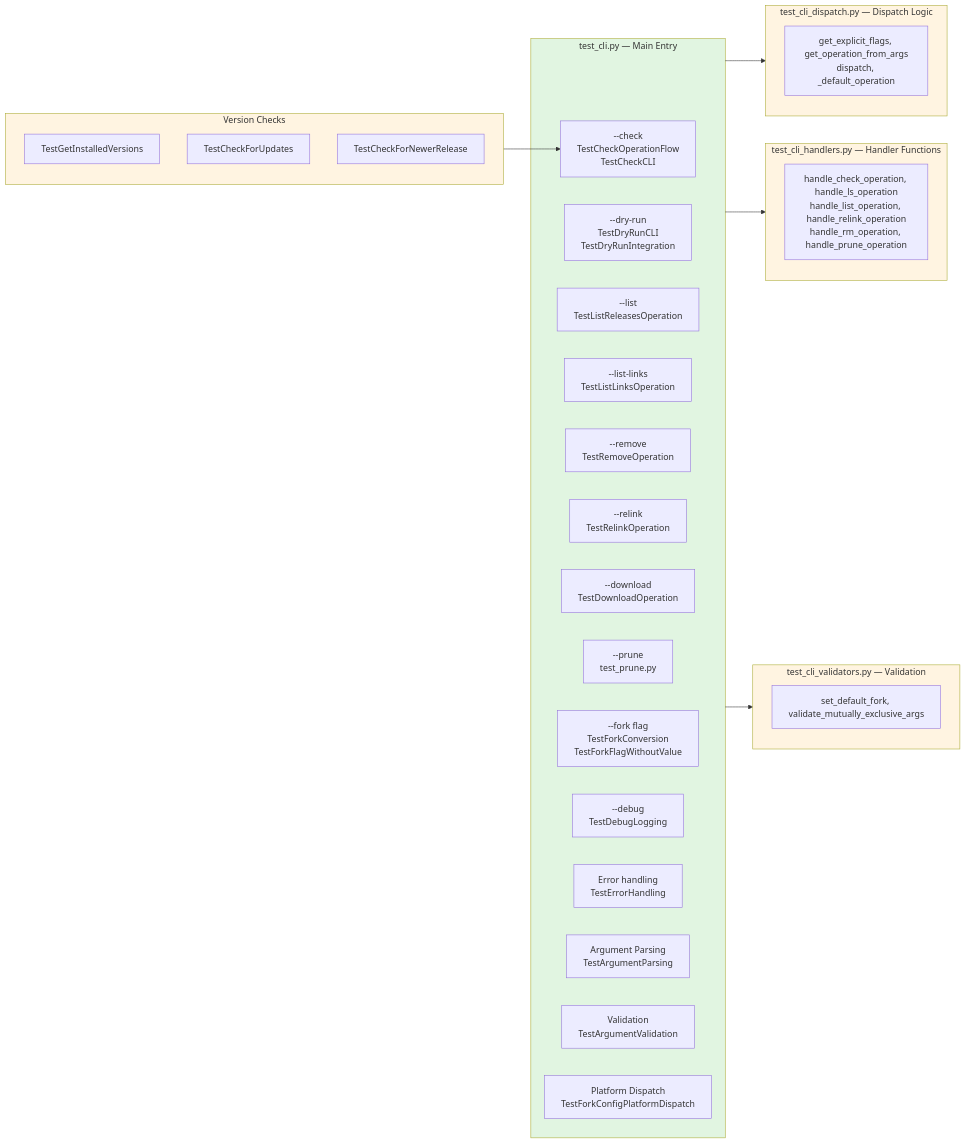
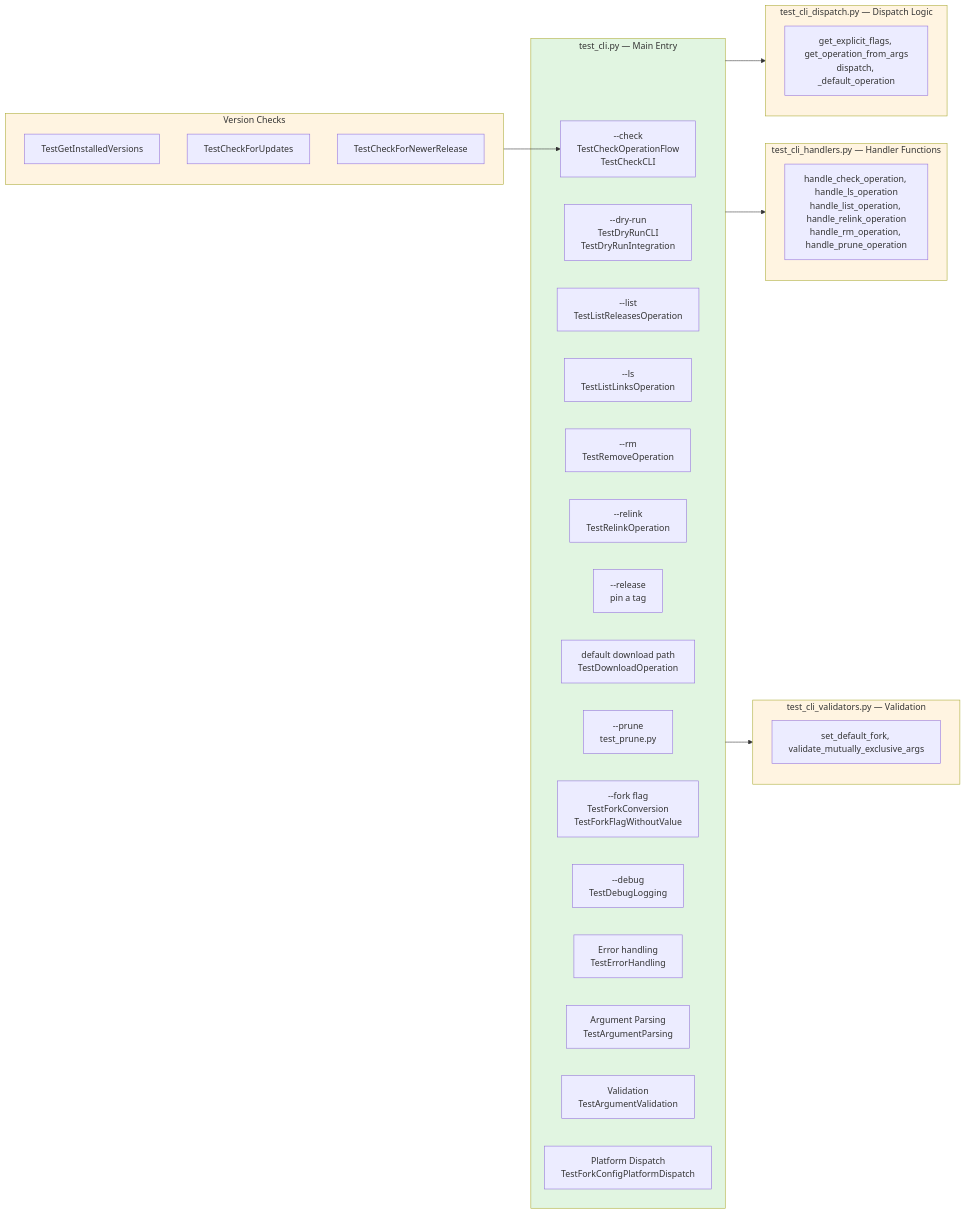
Before and after one commit to WombatFromHell/protonge-fetcher: the ninth of 16 diagrams in tests/TEST_DESIGN.md, drawn with Mermaid. The commit also changed other lines of this file and 11 other files, not shown here.

````diff
--- a/tests/TEST_DESIGN.md
+++ b/tests/TEST_DESIGN.md
@@ -397,48 +405,49 @@
 ```mermaid
 graph LR
     subgraph CLI_MAIN["test_cli.py — Main Entry"]
         OP_CHECK["--check<br/>TestCheckOperationFlow<br/>TestCheckCLI"]
         OP_DRYRUN["--dry-run<br/>TestDryRunCLI<br/>TestDryRunIntegration"]
         OP_LIST["--list<br/>TestListReleasesOperation"]
-        OP_LINKS["--list-links<br/>TestListLinksOperation"]
-        OP_REMOVE["--remove<br/>TestRemoveOperation"]
+        OP_LINKS["--ls<br/>TestListLinksOperation"]
+        OP_REMOVE["--rm<br/>TestRemoveOperation"]
         OP_RELINK["--relink<br/>TestRelinkOperation"]
-        OP_DOWNLOAD["--download<br/>TestDownloadOperation"]
+        OP_RELEASE["--release<br/>pin a tag"]
+        OP_DOWNLOAD["default download path<br/>TestDownloadOperation"]
         OP_PRUNE["--prune<br/>test_prune.py"]
         OP_FORK["--fork flag<br/>TestForkConversion<br/>TestForkFlagWithoutValue"]
         OP_DEBUG["--debug<br/>TestDebugLogging"]
         OP_ERROR["Error handling<br/>TestErrorHandling"]
         OP_PARSE["Argument Parsing<br/>TestArgumentParsing"]
         OP_VALID["Validation<br/>TestArgumentValidation"]
         OP_PLATFORM["Platform Dispatch<br/>TestForkConfigPlatformDispatch"]
     end
 
     subgraph CLI_DISPATCH["test_cli_dispatch.py — Dispatch Logic"]
         DD["get_explicit_flags, get_operation_from_args<br/>dispatch, _default_operation"]
     end
 
     subgraph CLI_HANDLERS["test_cli_handlers.py — Handler Functions"]
         DH["handle_check_operation, handle_ls_operation<br/>handle_list_operation, handle_relink_operation<br/>handle_rm_operation, handle_prune_operation"]
     end
 
     subgraph CLI_VALIDATORS["test_cli_validators.py — Validation"]
         DV["set_default_fork, validate_mutually_exclusive_args"]
     end
 
     subgraph VERSIONS["Version Checks"]
         INSTALLED["TestGetInstalledVersions"]
         UPDATES["TestCheckForUpdates"]
         NEWER["TestCheckForNewerRelease"]
     end
 
     CLI_MAIN --> CLI_DISPATCH
     CLI_MAIN --> CLI_HANDLERS
     CLI_MAIN --> CLI_VALIDATORS
     VERSIONS --> OP_CHECK
 
     style CLI_MAIN fill:#e1f5e1
     style CLI_DISPATCH fill:#fff4e1
     style CLI_HANDLERS fill:#fff4e1
     style CLI_VALIDATORS fill:#fff4e1
     style VERSIONS fill:#fff4e1
 ```
````
